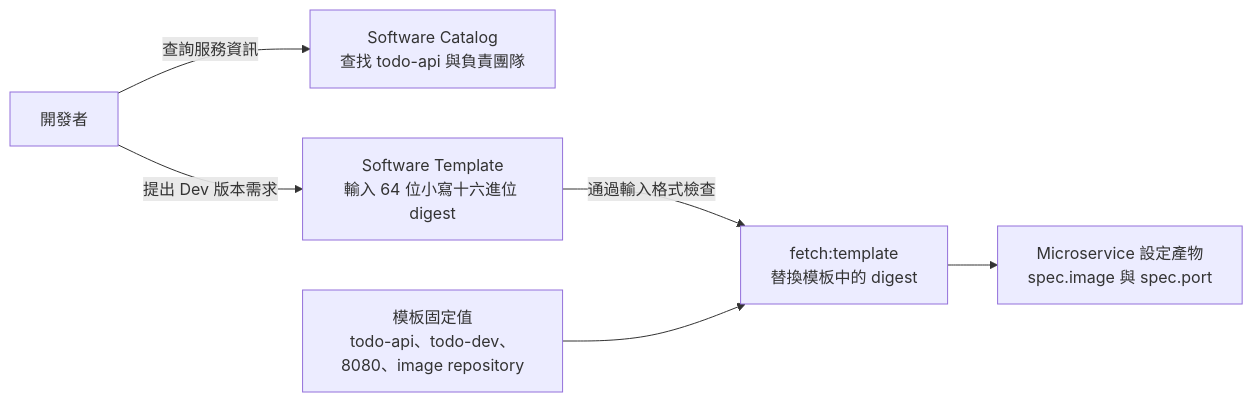
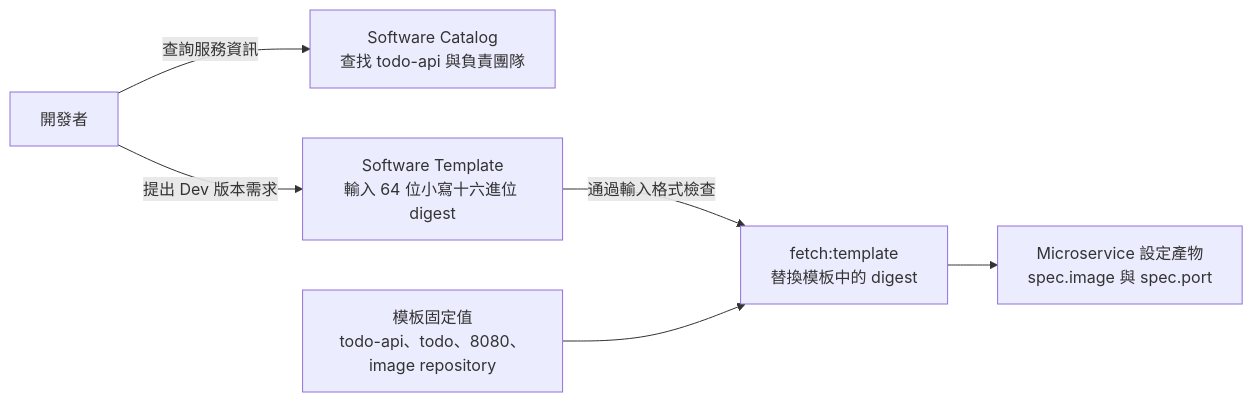
One commit to yrw9281/IT30.Platform.Engineering changed the diagram in doc/zh-tw/D23.md. Above: the diagram before and after it, drawn with Mermaid. The commit also changed other lines of this file and 12 other files, not shown here.

Commit message:
removed todo-dev ns

````diff
--- a/doc/zh-tw/D23.md
+++ b/doc/zh-tw/D23.md
@@ -69,14 +69,14 @@
 ```mermaid
 flowchart LR
     Developer["開發者"]
     Catalog["Software Catalog<br/>查找 todo-api 與負責團隊"]
     Form["Software Template<br/>輸入 64 位小寫十六進位 digest"]
-    Fixed["模板固定值<br/>todo-api、todo-dev、8080、image repository"]
+    Fixed["模板固定值<br/>todo-api、todo、8080、image repository"]
     Render["fetch:template<br/>替換模板中的 digest"]
     CR["Microservice 設定產物<br/>spec.image 與 spec.port"]
     Developer -->|"查詢服務資訊"| Catalog
     Developer -->|"提出 Dev 版本需求"| Form
     Form -->|"通過輸入格式檢查"| Render
     Fixed --> Render
     Render --> CR
 ```
````
